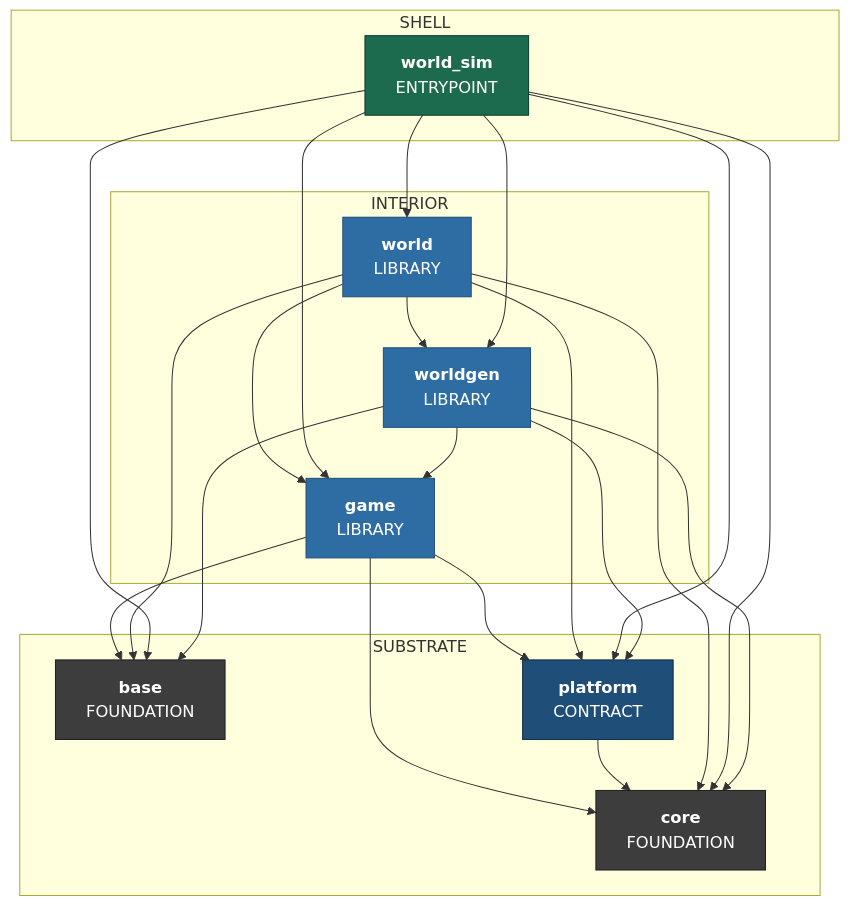
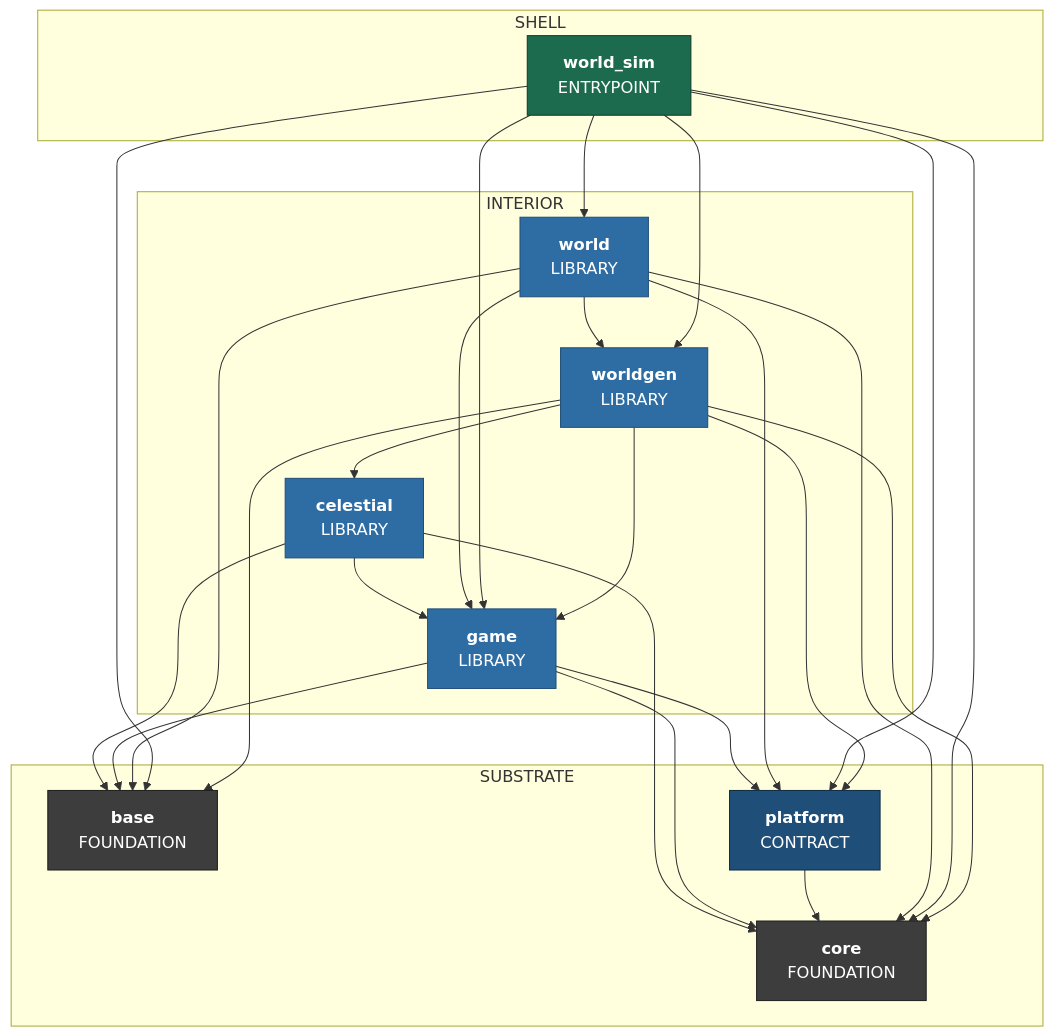
Before and after one commit to apnex/OpenStarbound: the seventh of 9 diagrams in docs/superpowers/specs/2026-08-01-sovereign-headless-client-design.md, drawn with Mermaid. The commit also changed other lines of this file and 5 other files, not shown here.

````diff
--- a/docs/superpowers/specs/2026-08-01-sovereign-headless-client-design.md
+++ b/docs/superpowers/specs/2026-08-01-sovereign-headless-client-design.md
@@ -1387,45 +1565,50 @@
 ```mermaid
 %% composition: world_sim
 flowchart TD
   subgraph Z_SUBSTRATE ["SUBSTRATE"]
     base["<b>base</b><br/>FOUNDATION"]
     core["<b>core</b><br/>FOUNDATION"]
     platform["<b>platform</b><br/>CONTRACT"]
   end
   subgraph Z_INTERIOR ["INTERIOR"]
+    celestial["<b>celestial</b><br/>LIBRARY"]
     game["<b>game</b><br/>LIBRARY"]
     world["<b>world</b><br/>LIBRARY"]
     worldgen["<b>worldgen</b><br/>LIBRARY"]
   end
   subgraph Z_SHELL ["SHELL"]
     world_sim["<b>world_sim</b><br/>ENTRYPOINT"]
   end
+  celestial --> base
+  celestial --> core
+  celestial --> game
   game --> base
   game --> core
   game --> platform
   platform --> core
   world --> base
   world --> core
   world --> game
   world --> platform
   world --> worldgen
   world_sim --> base
   world_sim --> core
   world_sim --> game
   world_sim --> platform
   world_sim --> world
   world_sim --> worldgen
   worldgen --> base
+  worldgen --> celestial
   worldgen --> core
   worldgen --> game
   worldgen --> platform
   classDef kFoundation fill:#3d3d3d,stroke:#1f1f1f,color:#fff
   classDef kContract fill:#1f4e79,stroke:#0f2d46,color:#fff
   classDef kBackend fill:#7a3e9d,stroke:#4d2763,color:#fff
   classDef kLibrary fill:#2e6da4,stroke:#1f4e79,color:#fff
   classDef kEntrypoint fill:#1d6b4f,stroke:#0e3a2a,color:#fff
   class base,core kFoundation
   class platform kContract
-  class game,world,worldgen kLibrary
+  class celestial,game,world,worldgen kLibrary
   class world_sim kEntrypoint
 ```
````
